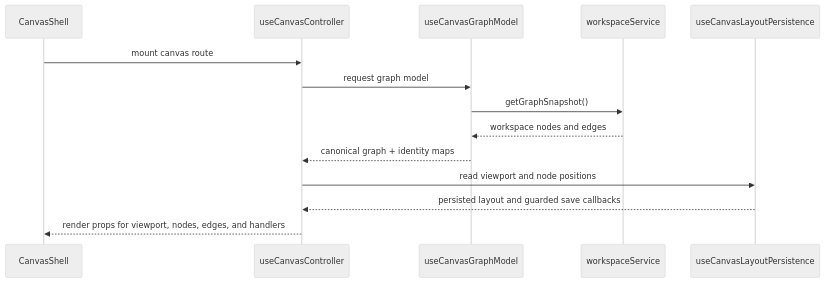
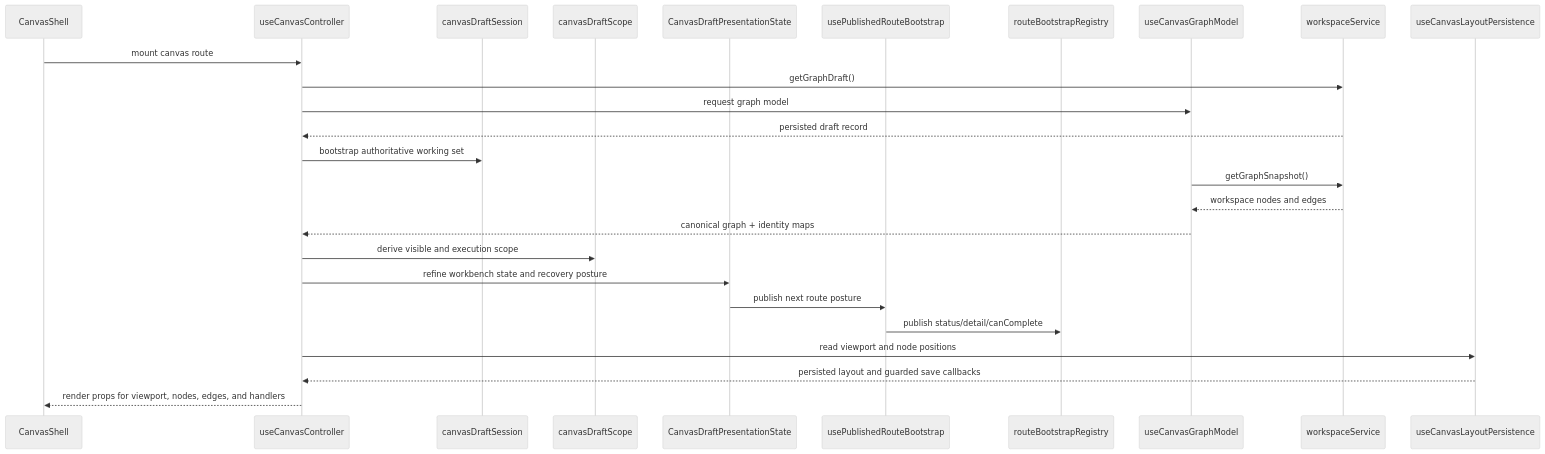
One commit to dunay2/dvt changed the fifth of 8 diagrams in docs/architecture/components/web/graph/canvas-controller-current-to-target-architecture.md. Above: the diagram before and after it, drawn with Mermaid (neutral theme). The commit also changed other lines of this file and 108 other files, not shown here.

First line of the commit message:
refactor(web): Advance TF-E2 canvas and bootstrap hardening (#974)

````diff
--- a/docs/architecture/components/web/graph/canvas-controller-current-to-target-architecture.md
+++ b/docs/architecture/components/web/graph/canvas-controller-current-to-target-architecture.md
@@ -139,17 +396,29 @@
 ```mermaid
 sequenceDiagram
   participant Shell as CanvasShell
   participant Controller as useCanvasController
+  participant DraftSession as canvasDraftSession
+  participant DraftScope as canvasDraftScope
+  participant Presentation as CanvasDraftPresentationState
+  participant Publisher as usePublishedRouteBootstrap
+  participant RouteBootstrap as routeBootstrapRegistry
   participant GraphModel as useCanvasGraphModel
   participant Workspace as workspaceService
   participant Persistence as useCanvasLayoutPersistence
 
   Shell->>Controller: mount canvas route
+  Controller->>Workspace: getGraphDraft()
   Controller->>GraphModel: request graph model
+  Workspace-->>Controller: persisted draft record
+  Controller->>DraftSession: bootstrap authoritative working set
   GraphModel->>Workspace: getGraphSnapshot()
   Workspace-->>GraphModel: workspace nodes and edges
   GraphModel-->>Controller: canonical graph + identity maps
+  Controller->>DraftScope: derive visible and execution scope
+  Controller->>Presentation: refine workbench state and recovery posture
+  Presentation->>Publisher: publish next route posture
+  Publisher->>RouteBootstrap: publish status/detail/canComplete
   Controller->>Persistence: read viewport and node positions
   Persistence-->>Controller: persisted layout and guarded save callbacks
   Controller-->>Shell: render props for viewport, nodes, edges, and handlers
 ```
````
